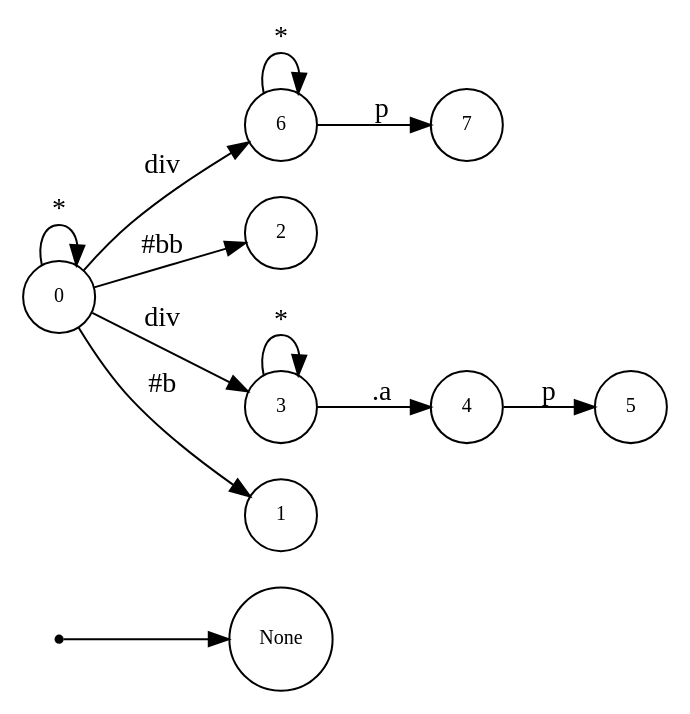
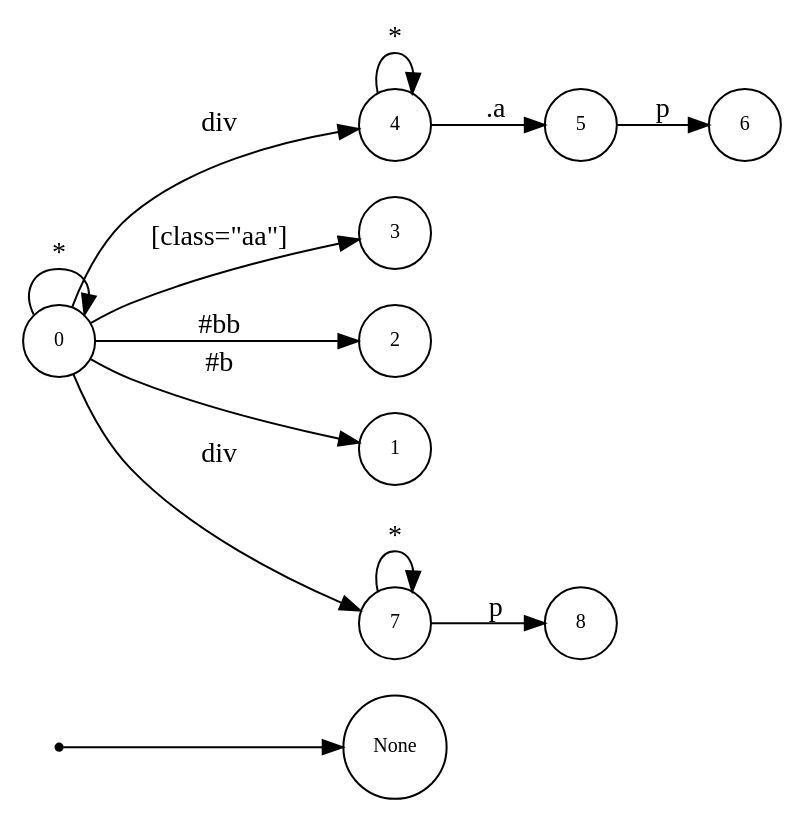
One commit to asukaminato0721/css-bitvector-compiler changed the diagram in css-gen-op/testcase/dot_quad.dot. Above: the diagram before and after it, drawn with Graphviz. The commit also changed 70 other files, not shown here.

```diff
--- a/css-gen-op/testcase/dot_quad.dot
+++ b/css-gen-op/testcase/dot_quad.dot
@@ -1,25 +1,27 @@
 digraph NFA {
   rankdir=LR;
   node [shape=circle, fontsize=10];
   __start [shape=point, label=""];
   __start -> None;
   6 [label="6"];
+  0 [label="0"];
+  5 [label="5"];
+  4 [label="4"];
+  3 [label="3"];
+  2 [label="2"];
+  1 [label="1"];
+  8 [label="8"];
   7 [label="7"];
-  4 [label="4"];
-  0 [label="0"];
-  2 [label="2"];
-  3 [label="3"];
-  5 [label="5"];
-  1 [label="1"];
-  { node [shape=doublecircle]; 1 2 5 7 }
+  { node [shape=doublecircle]; 1 2 3 6 8 }
   0 -> 0 [label="*"];
   0 -> 1 [label="#b"];
   0 -> 2 [label="#bb"];
-  0 -> 3 [label="div"];
-  3 -> 3 [label="*"];
-  3 -> 4 [label=".a"];
-  4 -> 5 [label="p"];
-  0 -> 6 [label="div"];
-  6 -> 6 [label="*"];
-  6 -> 7 [label="p"];
+  0 -> 3 [label="[class=\"aa\"]"];
+  0 -> 4 [label="div"];
+  4 -> 4 [label="*"];
+  4 -> 5 [label=".a"];
+  5 -> 6 [label="p"];
+  0 -> 7 [label="div"];
+  7 -> 7 [label="*"];
+  7 -> 8 [label="p"];
 }
```
